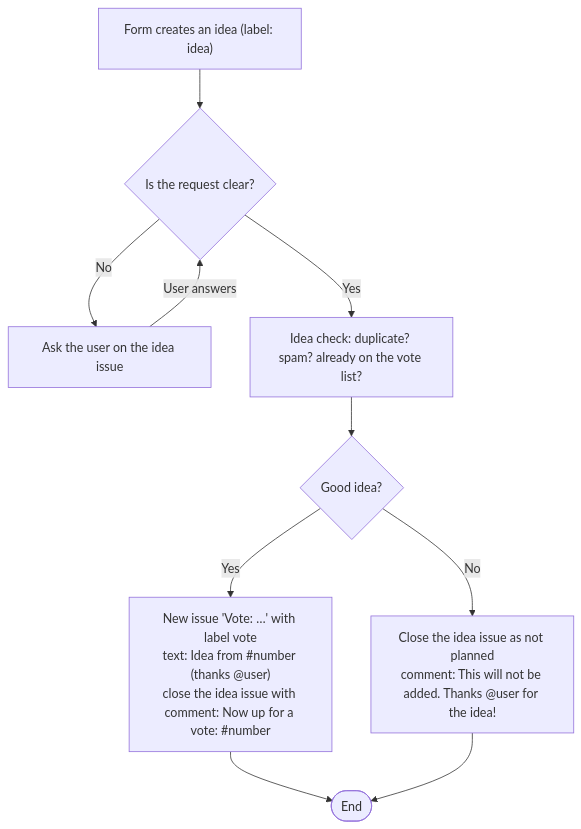
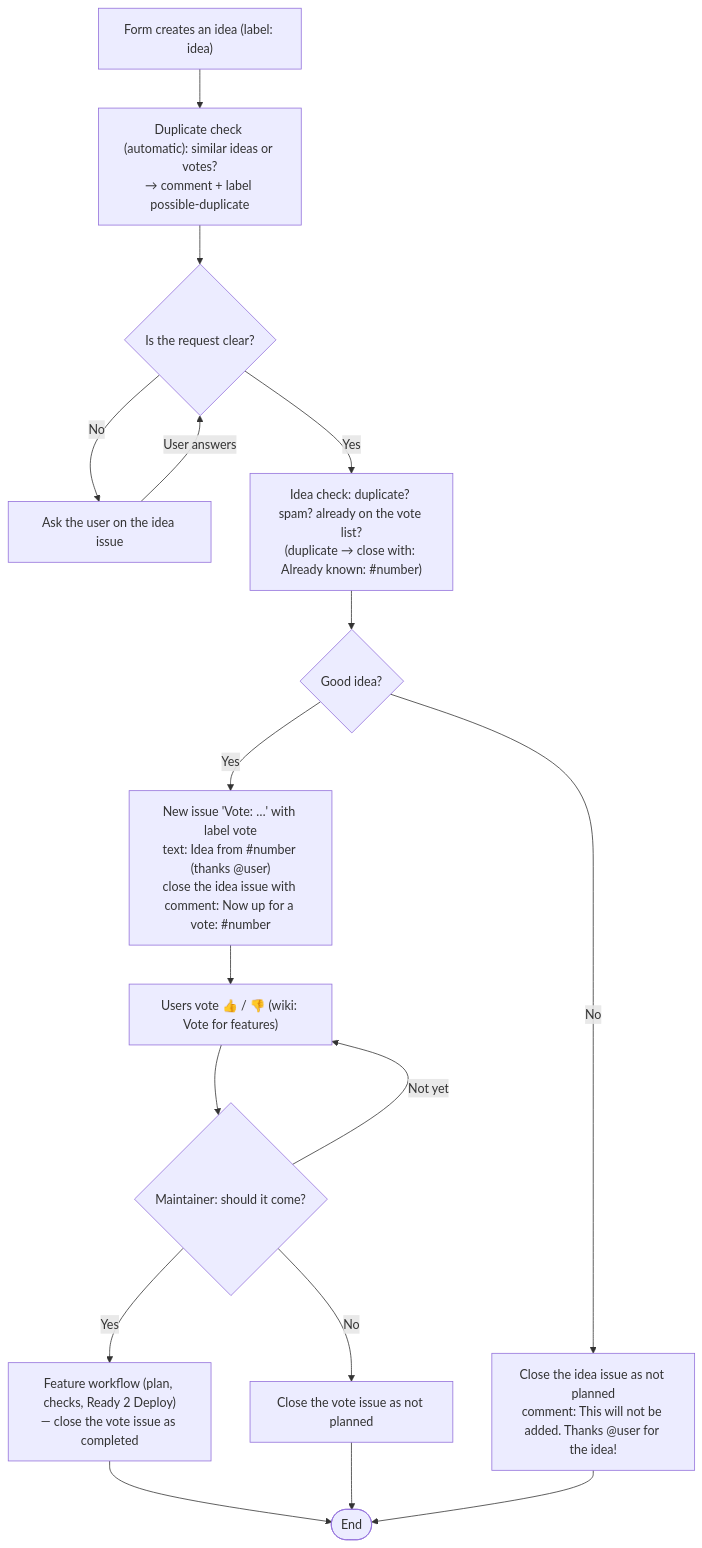
The diagram in docs/IDEAS-WORKFLOW.md (GFGMNET/Workspace), drawn with Mermaid before and after one commit. The commit also changed 7 other files, not shown here.

First line of the commit message:
Workflows: ideas → feature, wishes and duplicates in bug reports, security after release = urgent fix, closing a version with plans not ready; duplicate check also for bugs (and against votes)

````diff
--- a/docs/IDEAS-WORKFLOW.md
+++ b/docs/IDEAS-WORKFLOW.md
@@ -5,12 +5,19 @@
 ```mermaid
 flowchart TD
-   A["Form creates an idea (label: idea)"] --> B{"Is the request clear?"}
+   A["Form creates an idea (label: idea)"] --> DC["Duplicate check (automatic): similar ideas or votes?<br/>→ comment + label possible-duplicate"]
+   DC --> B{"Is the request clear?"}
    B -->|No| D["Ask the user on the idea issue"]
    D -->|User answers| B
-   B -->|Yes| C["Idea check: duplicate? spam? already on the vote list?"]
+   B -->|Yes| C["Idea check: duplicate? spam? already on the vote list?<br/>(duplicate → close with: Already known: #number)"]
    C --> E{"Good idea?"}
    E -->|Yes| F["New issue 'Vote: …' with label vote<br/>text: Idea from #number (thanks @user)<br/>close the idea issue with comment: Now up for a vote: #number"]
    E -->|No| G["Close the idea issue as not planned<br/>comment: This will not be added. Thanks @user for the idea!"]
-   F --> H([End])
+   F --> V["Users vote 👍 / 👎 (wiki: Vote for features)"]
+   V --> W{"Maintainer: should it come?"}
+   W -->|Yes| X["Feature workflow (plan, checks, Ready 2 Deploy)<br/>— close the vote issue as completed"]
+   W -->|No| Y["Close the vote issue as not planned"]
+   W -->|Not yet| V
+   X --> H([End])
+   Y --> H
    G --> H
 ```
````
